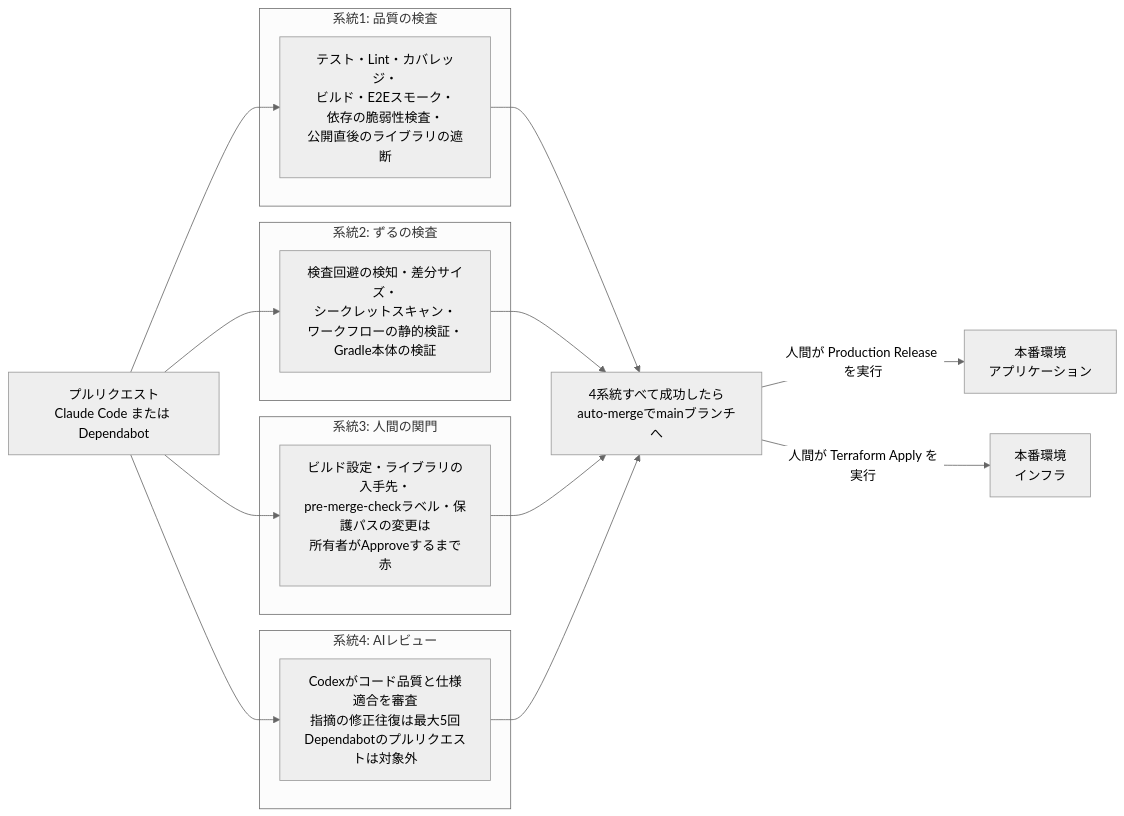
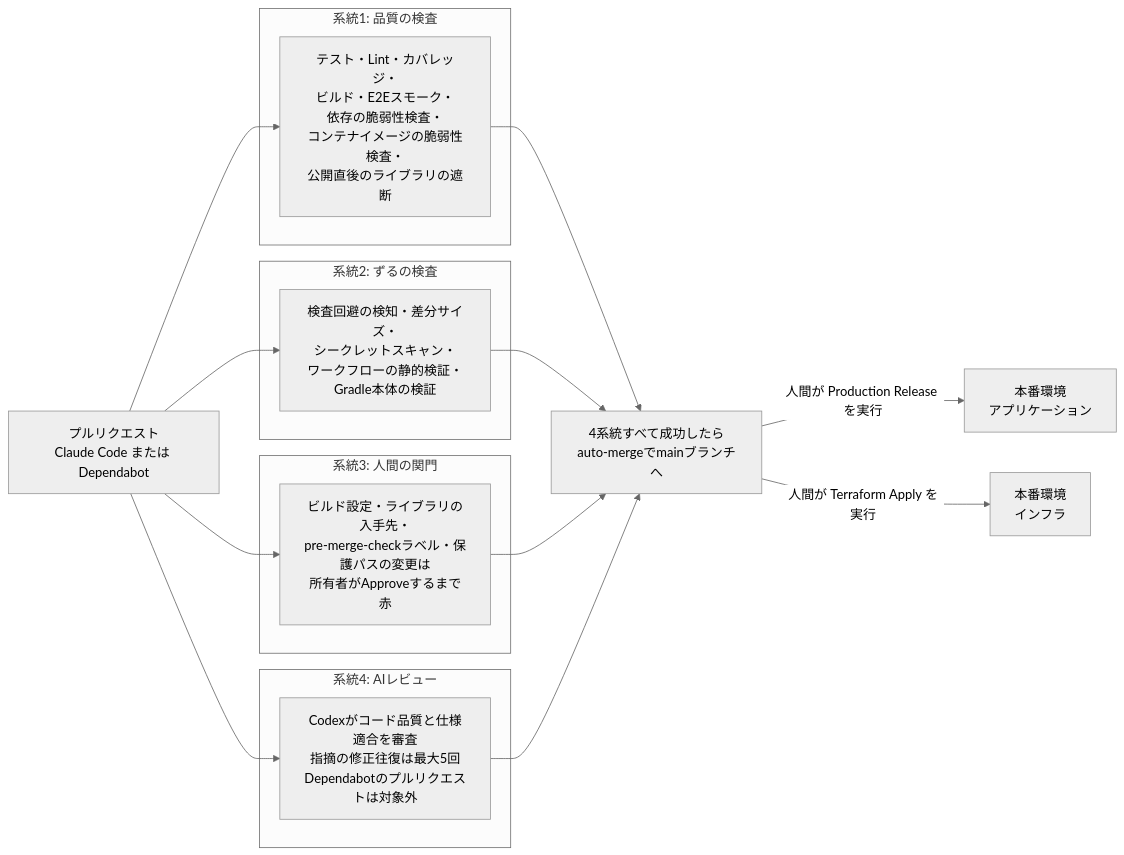
The first of 2 diagrams in README.md (DogisRiki/KeirekiPro), drawn with Mermaid (neutral theme) before and after one commit. The commit also changed other lines of this file and 19 other files, not shown here.

````diff
--- a/README.md
+++ b/README.md
@@ -53,27 +53,27 @@
 ```mermaid
 flowchart LR
     PR[プルリクエスト<br>Claude Code または Dependabot]
 
     subgraph s1[系統1: 品質の検査]
-        Q[テスト・Lint・カバレッジ・<br>ビルド・E2Eスモーク・<br>依存の脆弱性検査・<br>公開直後のライブラリの遮断]
+        Q[テスト・Lint・カバレッジ・<br>ビルド・E2Eスモーク・<br>依存の脆弱性検査・<br>コンテナイメージの脆弱性検査・<br>公開直後のライブラリの遮断]
     end
     subgraph s2[系統2: ずるの検査]
         Z[検査回避の検知・差分サイズ・<br>シークレットスキャン・<br>ワークフローの静的検証・<br>Gradle本体の検証]
     end
     subgraph s3[系統3: 人間の関門]
         H[ビルド設定・ライブラリの入手先・<br>pre-merge-checkラベル・保護パスの変更は<br>所有者がApproveするまで赤]
     end
     subgraph s4[系統4: AIレビュー]
         A[Codexがコード品質と仕様適合を審査<br>指摘の修正往復は最大5回<br>Dependabotのプルリクエストは対象外]
     end
 
     PR --> Q
     PR --> Z
     PR --> H
     PR --> A
 
     Q & Z & H & A --> M[4系統すべて成功したら<br>auto-mergeでmainブランチへ]
 
     M -->|人間が Production Release を実行| App[本番環境<br>アプリケーション]
     M -->|人間が Terraform Apply を実行| Infra[本番環境<br>インフラ]
 ```
````
